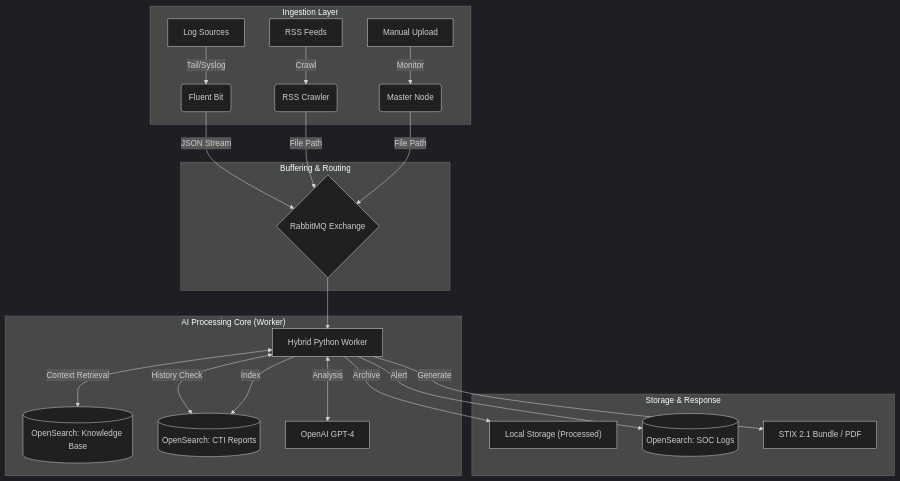
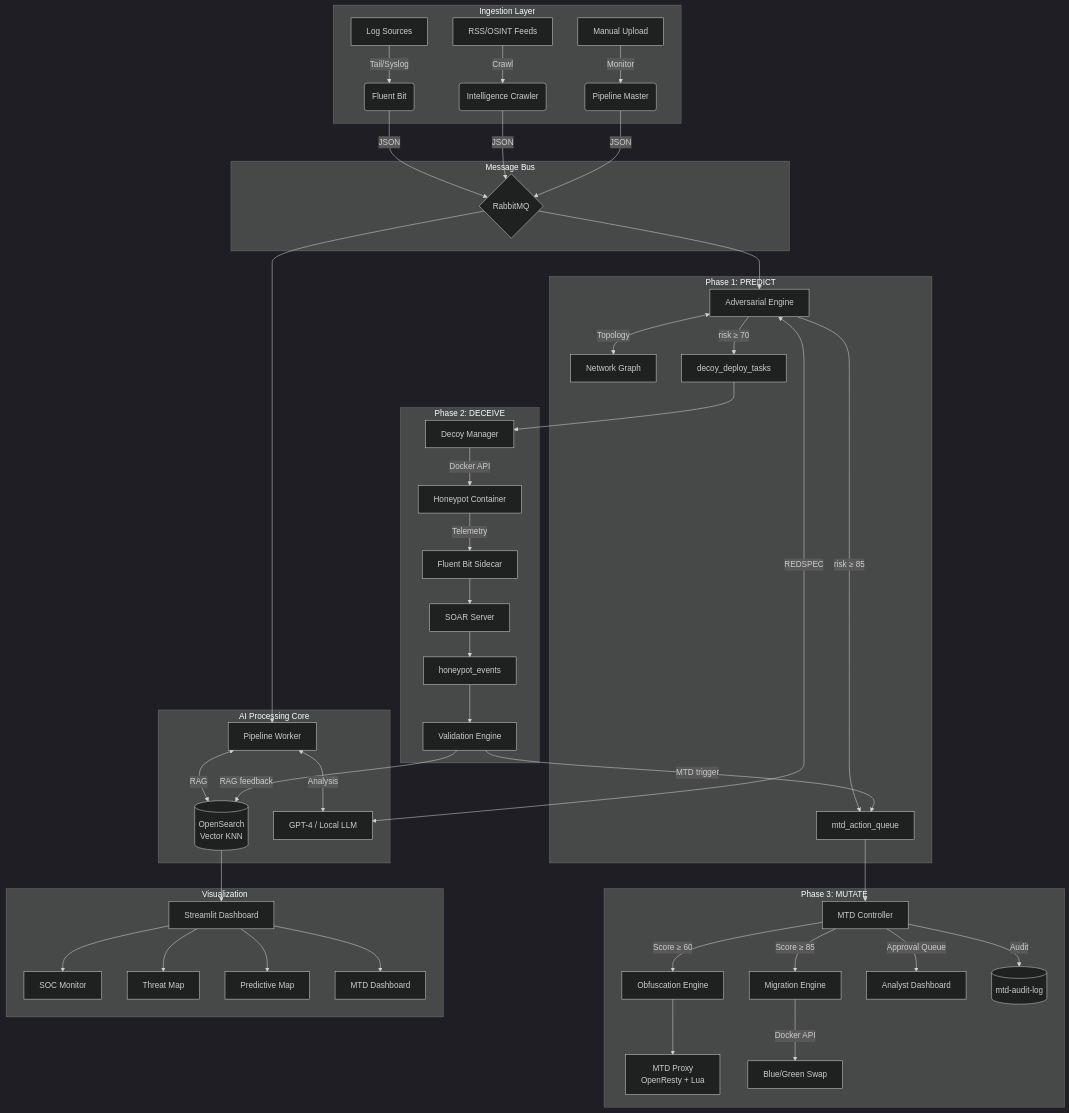
Before and after one commit to uuluul/AI-autonomous-SOC: the diagram in README.md, drawn with Mermaid (dark theme). The commit also changed other lines of this file and 18 other files, not shown here.

````diff
--- a/README.md
+++ b/README.md
@@ -29,28 +216,55 @@
 ```mermaid
-graph TD
+graph TB
     subgraph "Ingestion Layer"
-        A[Log Sources] -->|Tail/Syslog| B(Fluent Bit)
-        C[RSS Feeds] -->|Crawl| D(RSS Crawler)
-        E[Manual Upload] -->|Monitor| F(Master Node)
+        LOG[Log Sources] -->|Tail/Syslog| FB(Fluent Bit)
+        RSS[RSS/OSINT Feeds] -->|Crawl| IC(Intelligence Crawler)
+        MAN[Manual Upload] -->|Monitor| MASTER(Pipeline Master)
     end
 
-    subgraph "Buffering & Routing"
-        B -->|JSON Stream| G{"RabbitMQ Exchange"}
-        D -->|File Path| G
-        F -->|File Path| G
+    subgraph "Message Bus"
+        FB & IC & MASTER -->|JSON| RMQ{RabbitMQ}
     end
 
-    subgraph "AI Processing Core (Worker)"
-        G --> H[Hybrid Python Worker]
-        H <-->|Context Retrieval| I[("OpenSearch: Knowledge Base")]
-        H <-->|History Check| J[("OpenSearch: CTI Reports")]
-        H <-->|Analysis| K[OpenAI GPT-4]
+    subgraph "AI Processing Core"
+        RMQ --> WORKER[Pipeline Worker]
+        WORKER <-->|RAG| OSEARCH[(OpenSearch<br>Vector KNN)]
+        WORKER <-->|Analysis| LLM[GPT-4 / Local LLM]
     end
 
-    subgraph "Storage & Response"
-        H -->|Archive| L["Local Storage (Processed)"]
-        H -->|Index| J
-        H -->|Alert| M[("OpenSearch: SOC Logs")]
-        H -->|Generate| N["STIX 2.1 Bundle / PDF"]
+    subgraph "Phase 1: PREDICT"
+        RMQ --> AE[Adversarial Engine]
+        AE <-->|REDSPEC| LLM
+        AE <-->|Topology| TOPO[Network Graph]
+        AE -->|risk ≥ 70| DDQ[decoy_deploy_tasks]
+        AE -->|risk ≥ 85| MTQ[mtd_action_queue]
+    end
+
+    subgraph "Phase 2: DECEIVE"
+        DDQ --> DM[Decoy Manager]
+        DM -->|Docker API| HONEY[Honeypot Container]
+        HONEY -->|Telemetry| FBSIDE[Fluent Bit Sidecar]
+        FBSIDE --> SOAR[SOAR Server]
+        SOAR --> HPQ[honeypot_events]
+        HPQ --> VE[Validation Engine]
+        VE -->|RAG feedback| OSEARCH
+        VE -->|MTD trigger| MTQ
+    end
+
+    subgraph "Phase 3: MUTATE"
+        MTQ --> MTDC[MTD Controller]
+        MTDC -->|Score ≥ 60| OBFENG[Obfuscation Engine]
+        OBFENG --> PROXY[MTD Proxy<br>OpenResty + Lua]
+        MTDC -->|Score ≥ 85| MIGENG[Migration Engine]
+        MIGENG -->|Docker API| BLUEGREEN[Blue/Green Swap]
+        MTDC -->|Approval Queue| ANALYST[Analyst Dashboard]
+        MTDC -->|Audit| AUDITLOG[(mtd-audit-log)]
+    end
+
+    subgraph "Visualization"
+        OSEARCH --> UI[Streamlit Dashboard]
+        UI --> SOC[SOC Monitor]
+        UI --> TMAP[Threat Map]
+        UI --> PTMAP[Predictive Map]
+        UI --> MTDDASH[MTD Dashboard]
     end
 ```
````
